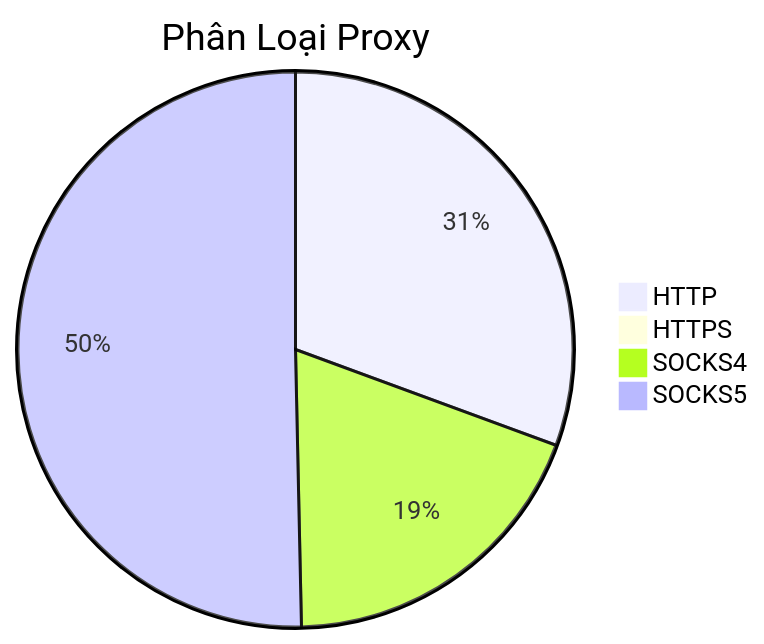
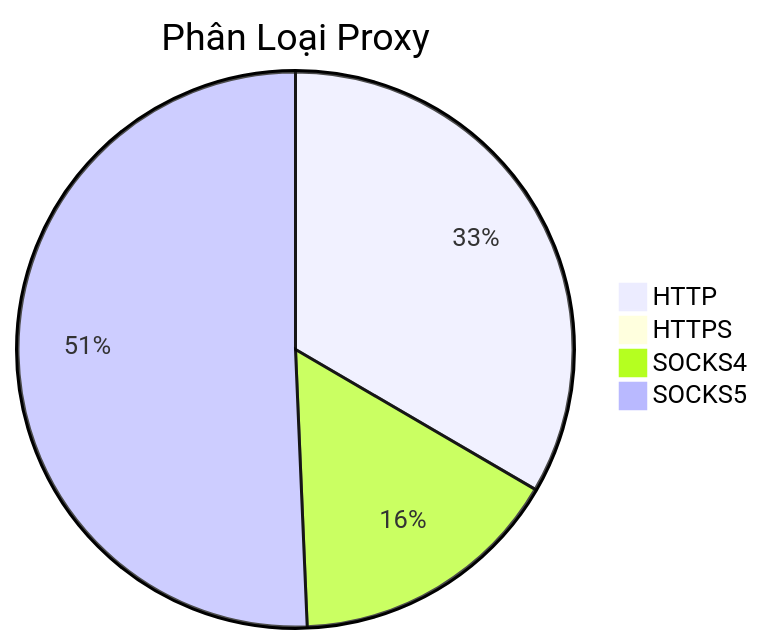
The diagram in README.md (Ciara-12/PROXY-free), drawn with Mermaid before and after one commit. The commit also changed other lines of this file and 4 other files, not shown here.

````diff
--- a/README.md
+++ b/README.md
@@ -26,7 +26,7 @@
 ```mermaid
 pie title Phân Loại Proxy
-    "HTTP" : 580
-    "HTTPS" : 3
-    "SOCKS4" : 361
-    "SOCKS5" : 954
+    "HTTP" : 596
+    "HTTPS" : 0
+    "SOCKS4" : 284
+    "SOCKS5" : 904
 ```
````
